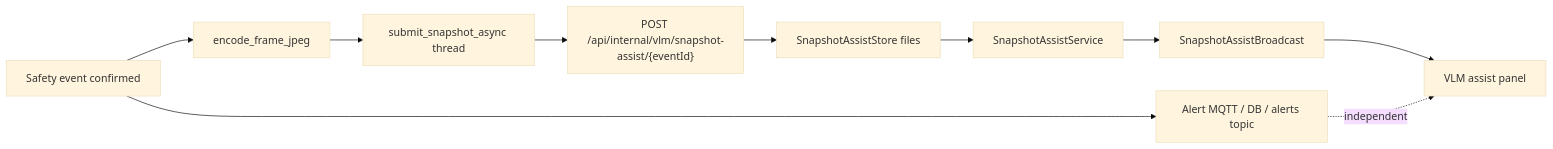
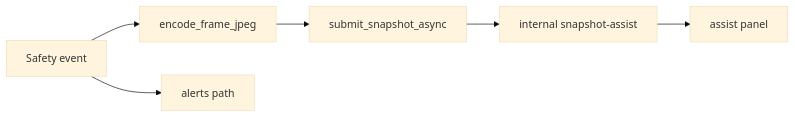
Before and after one commit to Anjingyeong/llm_wiki_strange: the diagram in content/ED-Snapshot-VLM-Side-Channel.md, drawn with Mermaid (base theme). The commit also changed other lines of this file and 144 other files, not shown here.

````diff
--- a/content/ED-Snapshot-VLM-Side-Channel.md
+++ b/content/ED-Snapshot-VLM-Side-Channel.md
@@ -100,12 +62,8 @@
 ```mermaid
 flowchart LR
-  Ev[Safety event confirmed] --> Snap[encode_frame_jpeg]
-  Snap --> Async[submit_snapshot_async thread]
-  Async --> API["POST /api/internal/vlm/snapshot-assist/{eventId}"]
-  API --> Store[SnapshotAssistStore files]
-  Store --> Svc[SnapshotAssistService]
-  Svc --> STOMP[SnapshotAssistBroadcast]
-  STOMP --> UI[VLM assist panel]
-  Ev --> Main[Alert MQTT / DB / alerts topic]
-  Main -.->|independent| UI
+  Ev[Safety event] --> Snap[encode_frame_jpeg]
+  Snap --> Async[submit_snapshot_async]
+  Async --> API[internal snapshot-assist]
+  API --> UI[assist panel]
+  Ev --> Main[alerts path]
 ```
````
